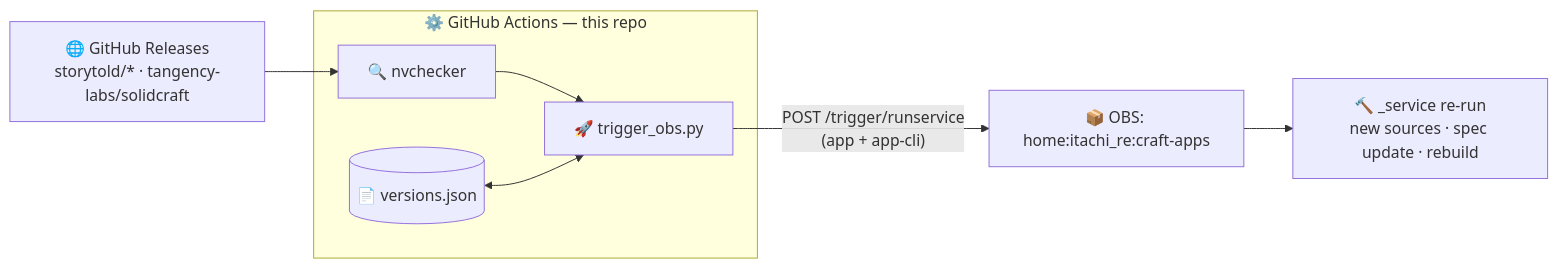
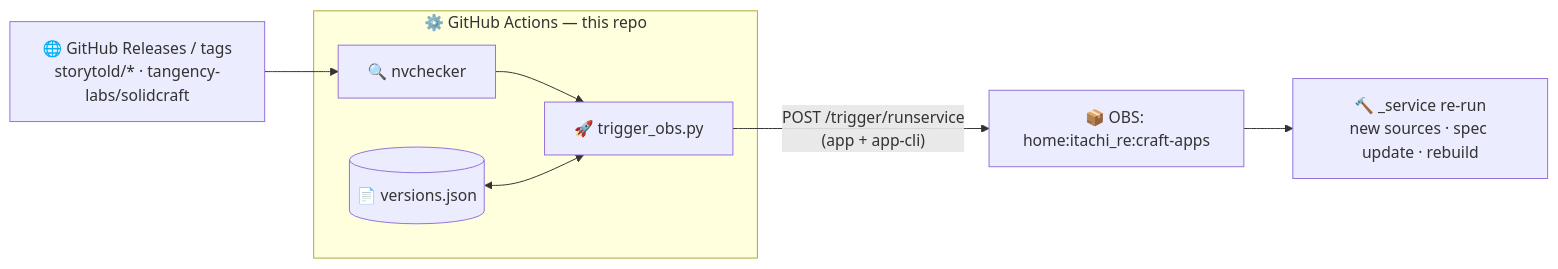
The first of 2 diagrams in README.md (itachi-re/obs-craft-auto-trigger), drawn with Mermaid before and after one commit. The commit also changed other lines of this file, not shown here.

````diff
--- a/README.md
+++ b/README.md
@@ -33,10 +33,10 @@
 ```mermaid
 flowchart LR
-    U["🌐 GitHub Releases<br/>storytold/* · tangency-labs/solidcraft"] --> NV["🔍 nvchecker"]
+    U["🌐 GitHub Releases / tags<br/>storytold/* · tangency-labs/solidcraft"] --> NV["🔍 nvchecker"]
     subgraph GH["⚙️ GitHub Actions — this repo"]
         NV --> TR["🚀 trigger_obs.py"]
         VJ[("📄 versions.json")] <--> TR
     end
     TR -->|"POST /trigger/runservice<br/>(app + app-cli)"| OBS["📦 OBS: home:itachi_re:craft-apps"]
     OBS --> B["🔨 _service re-run<br/>new sources · spec update · rebuild"]
 ```
````
